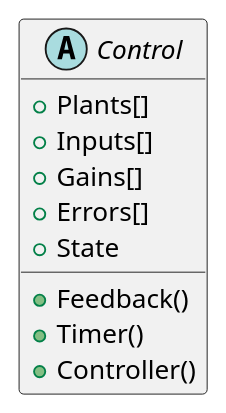
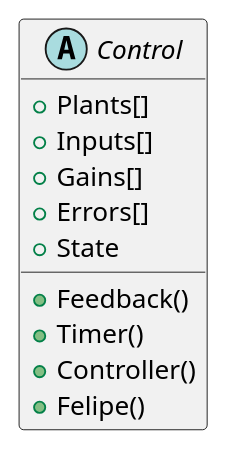
The diagram in PlantUML design/ThreeMonkeys.puml (JERL88/Prueba), drawn with PlantUML before and after one commit.

Commit message:
Felipe-added

```diff
--- a/PlantUML design/ThreeMonkeys.puml
+++ b/PlantUML design/ThreeMonkeys.puml
@@ -1,19 +1,20 @@
 @startuml
 
 abstract Control{
 
     +Plants[]
     +Inputs[]
     +Gains[]
     +Errors[]
     +State
     +Feedback() 
     +Timer()
-    +Controller()   
+    +Controller()
+    +Felipe()   
     
 }
 
 
 
 
 @enduml
```
